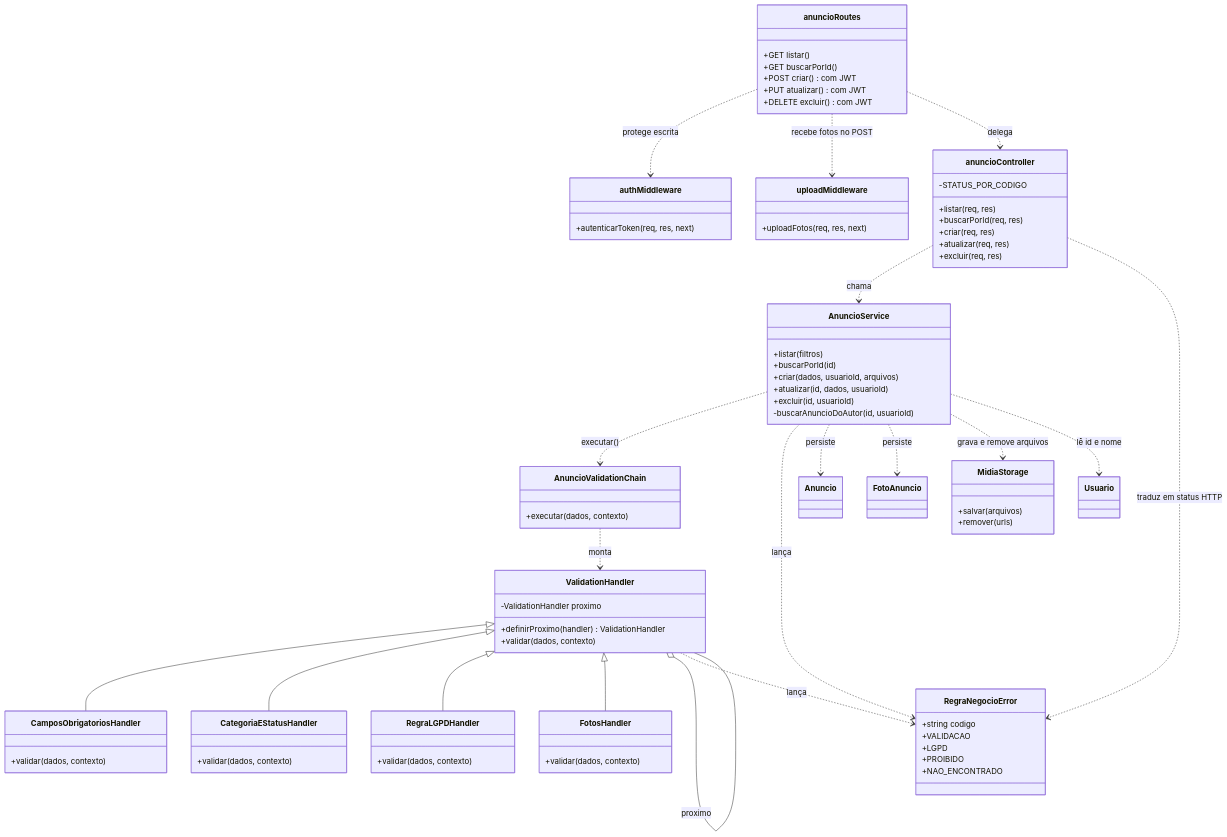
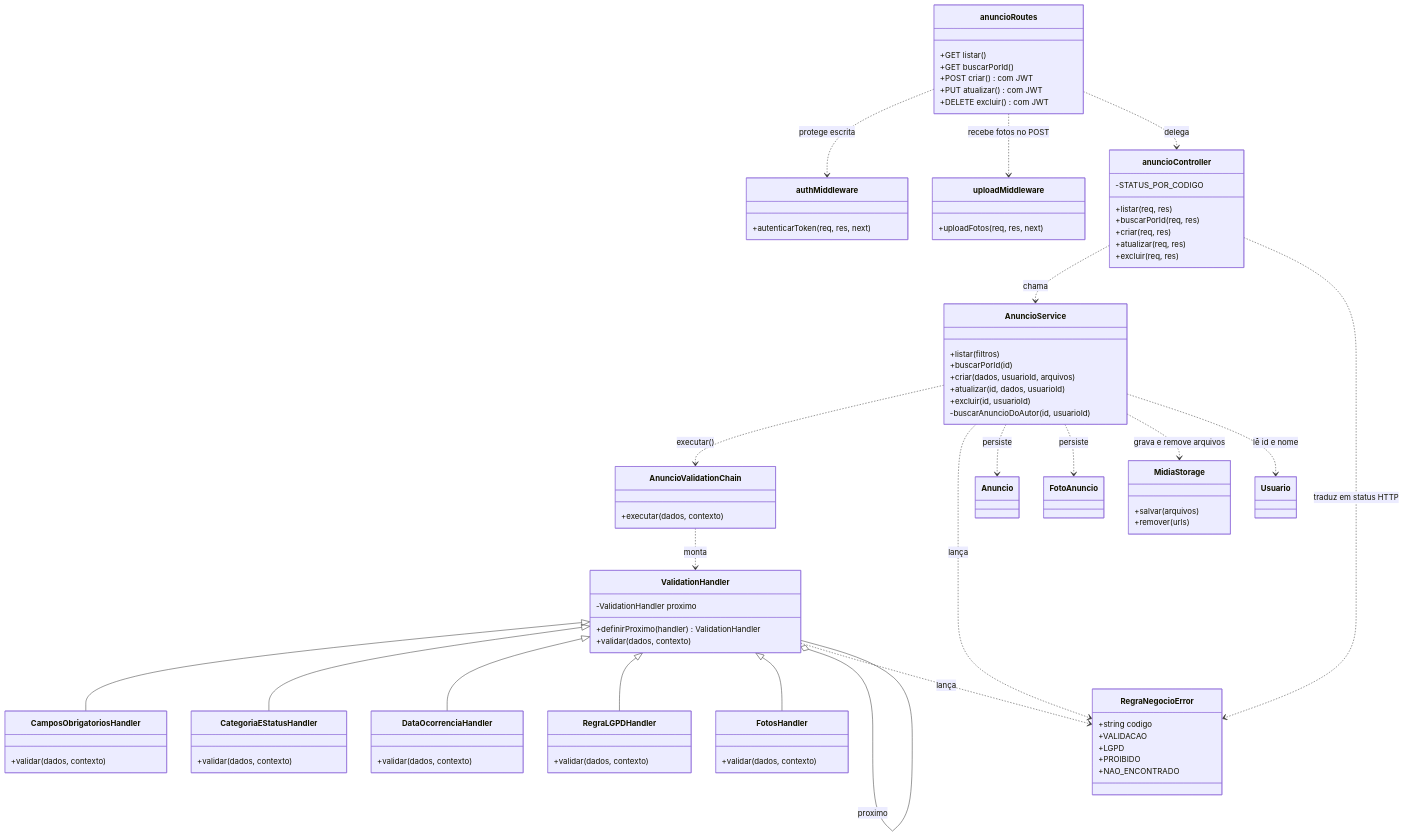
The sixth of 6 diagrams in docs/modelagem/modelagem.md (Matheus-Castro-Paula/Radar-UFLA), drawn with Mermaid before and after one commit. The commit also changed other lines of this file and 5 other files, not shown here.

```diff
--- a/docs/modelagem/modelagem.md
+++ b/docs/modelagem/modelagem.md
@@ -368,6 +375,9 @@
     class CategoriaEStatusHandler {
         +validar(dados, contexto)
     }
+    class DataOcorrenciaHandler {
+        +validar(dados, contexto)
+    }
     class RegraLGPDHandler {
         +validar(dados, contexto)
     }
@@ -401,6 +411,7 @@
     AnuncioValidationChain ..> ValidationHandler : monta
     ValidationHandler <|-- CamposObrigatoriosHandler
     ValidationHandler <|-- CategoriaEStatusHandler
+    ValidationHandler <|-- DataOcorrenciaHandler
     ValidationHandler <|-- RegraLGPDHandler
     ValidationHandler <|-- FotosHandler
     ValidationHandler o-- ValidationHandler : proximo
```
